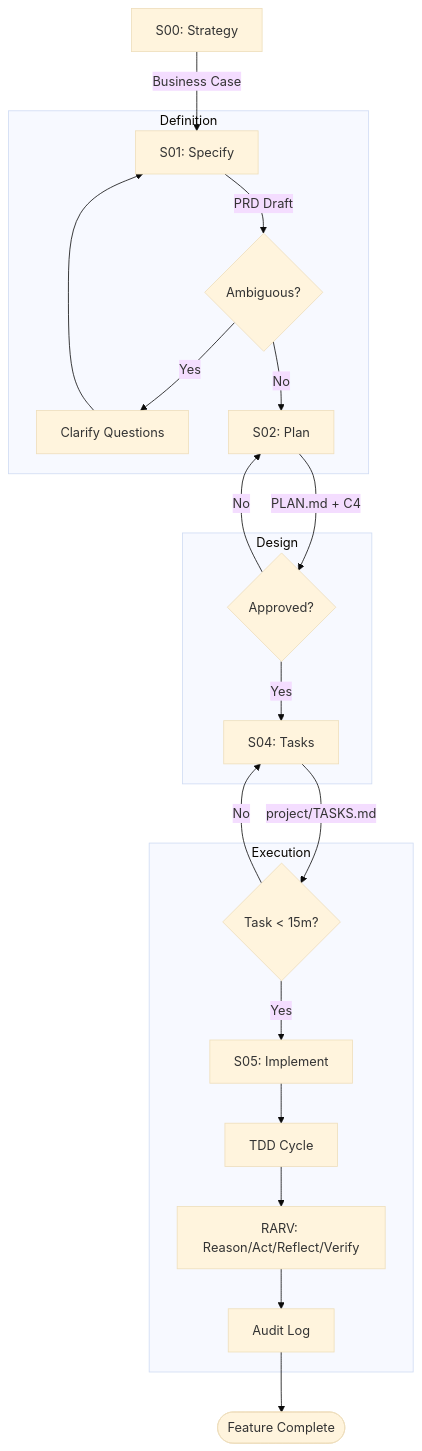
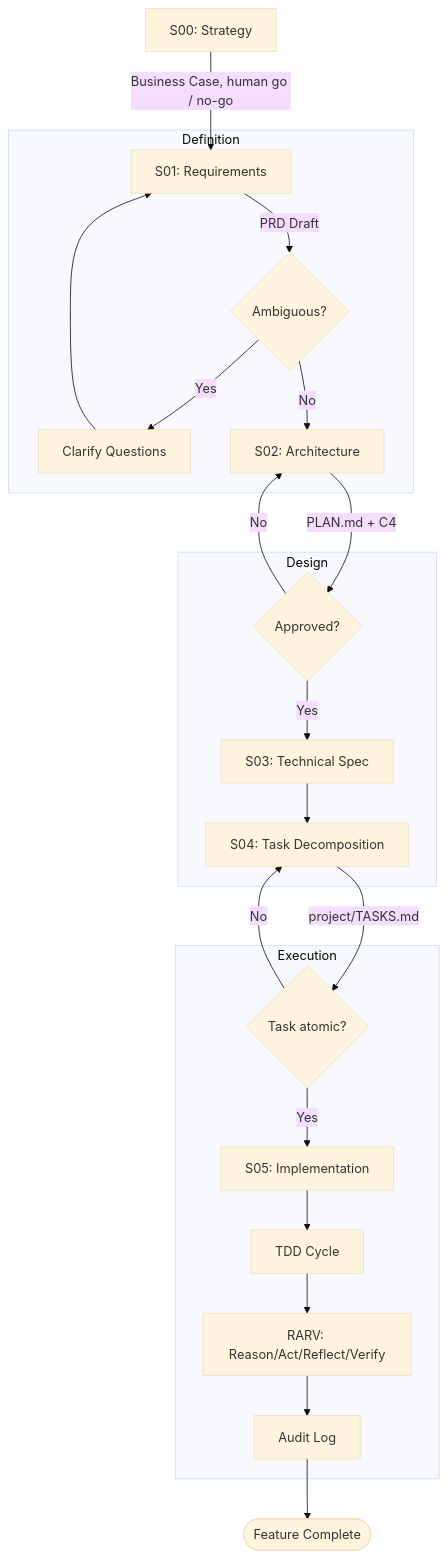
The third of 4 diagrams in README.md (andreibesleaga/GABBE), drawn with Mermaid (base theme) before and after one commit. The commit also changed other lines of this file and 804 other files, not shown here.

````diff
--- a/README.md
+++ b/README.md
@@ -444,29 +462,30 @@
 ```mermaid
 flowchart TD
-    S0[S00: Strategy] -->|Business Case| S1[S01: Specify]
+    P00[S00: Strategy] -->|Business Case, human go / no-go| P01[S01: Requirements]
     
     subgraph Definition
-        S1 -->|PRD Draft| Ambiguity{Ambiguous?}
+        P01 -->|PRD Draft| Ambiguity{Ambiguous?}
         Ambiguity -- Yes --> Clarify[Clarify Questions]
-        Clarify --> S1
-        Ambiguity -- No --> S2[S02: Plan]
+        Clarify --> P01
+        Ambiguity -- No --> P02[S02: Architecture]
     end
 
     subgraph Design
-        S2 -->|PLAN.md + C4| Review1{Approved?}
-        Review1 -- No --> S2
-        Review1 -- Yes --> S3[S04: Tasks]
+        P02 -->|PLAN.md + C4| Review1{Approved?}
+        Review1 -- No --> P02
+        Review1 -- Yes --> P03[S03: Technical Spec]
+        P03 --> P04[S04: Task Decomposition]
     end
 
     subgraph Execution
-        S3 -->|project/TASKS.md| Decomp{Task < 15m?}
-        Decomp -- No --> S3
-        Decomp -- Yes --> S4[S05: Implement]
+        P04 -->|project/TASKS.md| Decomp{Task atomic?}
+        Decomp -- No --> P04
+        Decomp -- Yes --> P05[S05: Implementation]
         
-        S4 --> TDD[TDD Cycle]
+        P05 --> TDD[TDD Cycle]
         TDD --> RARV[RARV: Reason/Act/Reflect/Verify]
         RARV --> Audit[Audit Log]
     end
 
     Audit --> Done([Feature Complete])
 ```
````
